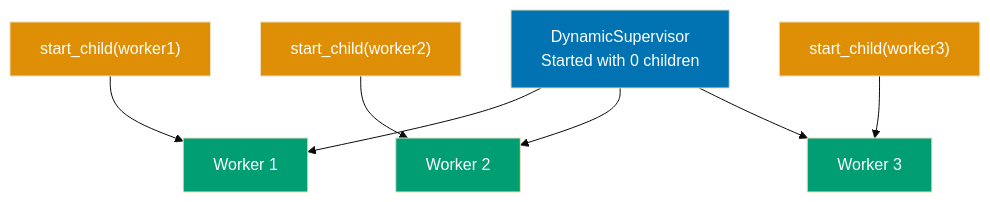
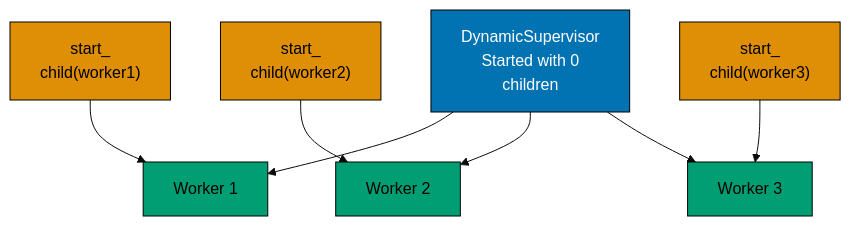
One commit to wahidyankf/ose-public changed the ninth of 24 diagrams in apps/ayokoding-www/content/en/learn/legacy/software-engineering/programming-languages/elixir/by-example/advanced.md. Above: the diagram before and after it, drawn with Mermaid (base theme). The commit also changed other lines of this file and 112 other files, not shown here.

First line of the commit message:
fix(mermaid): bring the legacy programming-languages diagrams onto the accessible palette

````diff
--- a/apps/ayokoding-www/content/en/learn/legacy/software-engineering/programming-languages/elixir/by-example/advanced.md
+++ b/apps/ayokoding-www/content/en/learn/legacy/software-engineering/programming-languages/elixir/by-example/advanced.md
@@ -1528,19 +1584,25 @@
 ```mermaid
 graph TD
-    Supervisor["DynamicSupervisor<br/>Started with 0 children"]
-    Request1["start_child#40;worker1#41;"] --> Worker1["Worker 1"]
-    Request2["start_child#40;worker2#41;"] --> Worker2["Worker 2"]
-    Request3["start_child#40;worker3#41;"] --> Worker3["Worker 3"]
+    accTitle: Example 68: Dynamic Supervisors
+    accDescr: Graph with 7 nodes and 6 connections. Nodes: DynamicSupervisor Started with 0 children, start_ child40worker141, Worker 1, start_ child40worker241, Worker 2, start_ child40worker341, Worker 3. Connections: start_ child40worker141 to Worker 1, start_ child40worker241 to Worker 2, start_ child40worker341 to Worker 3, DynamicSupervisor Started with 0 children to Worker 1, DynamicSupervisor Started with 0 children to Worker 2, DynamicSupervisor Started with 0 children to Worker 3.
+    Supervisor["DynamicSupervisor<br/>Started with 0<br/>children"]
+    Request1["start_<br/>child#40;worker1#41;"] --> Worker1["Worker 1"]
+    Request2["start_<br/>child#40;worker2#41;"] --> Worker2["Worker 2"]
+    Request3["start_<br/>child#40;worker3#41;"] --> Worker3["Worker 3"]
 
     Supervisor --> Worker1
     Supervisor --> Worker2
     Supervisor --> Worker3
 
-    style Supervisor fill:#0173B2,color:#fff
-    style Worker1 fill:#029E73,color:#fff
-    style Worker2 fill:#029E73,color:#fff
-    style Worker3 fill:#029E73,color:#fff
-    style Request1 fill:#DE8F05,color:#fff
-    style Request2 fill:#DE8F05,color:#fff
-    style Request3 fill:#DE8F05,color:#fff
+    classDef pal-0173B2 fill:#0173B2,stroke:#000000,color:#FFFFFF
+    class Supervisor pal-0173B2
+    classDef pal-029E73 fill:#029E73,stroke:#000000,color:#000000
+    class Worker1 pal-029E73
+    class Worker2 pal-029E73
+    class Worker3 pal-029E73
+    classDef pal-DE8F05 fill:#DE8F05,stroke:#000000,color:#000000
+    class Request1 pal-DE8F05
+    class Request2 pal-DE8F05
+    class Request3 pal-DE8F05
+    classDef default fill:#FFFFFF,stroke:#000000,color:#000000
 ```
````
